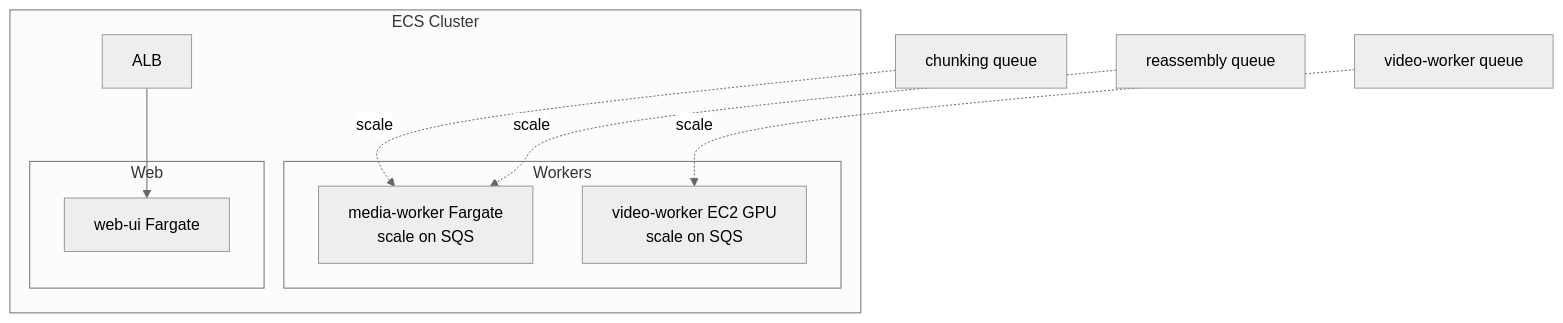
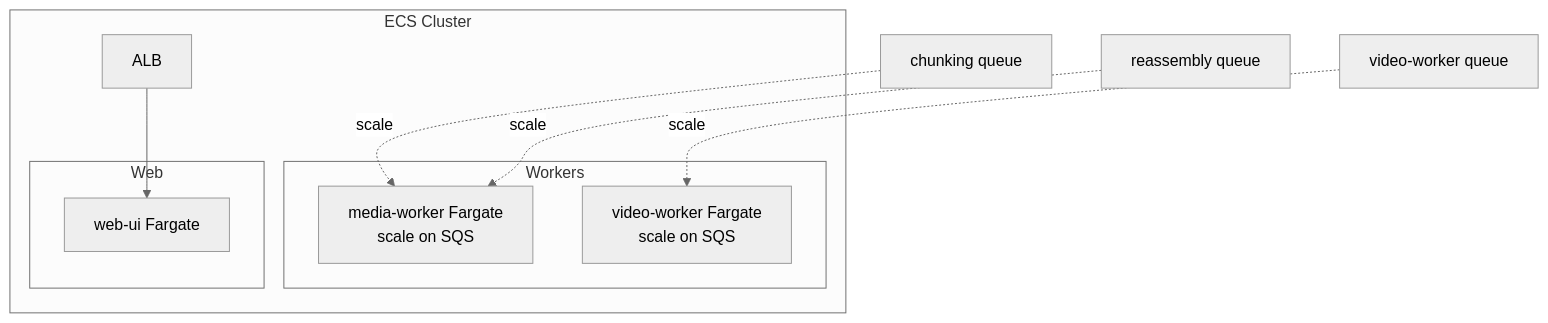
The sixth of 7 diagrams in ARCHITECTURE.md (alexpialetski/stereo-spot), drawn with Mermaid (neutral theme) before and after one commit. The commit also changed other lines of this file and 21 other files, not shown here.

First line of the commit message:
feat(aws): add SageMaker StereoCrafter endpoint and video-worker client

````diff
--- a/ARCHITECTURE.md
+++ b/ARCHITECTURE.md
@@ -271,18 +276,18 @@
 ```mermaid
 flowchart TB
     subgraph ECS["ECS Cluster"]
         ALB[ALB]
         subgraph Web["Web"]
             WebUI[web-ui Fargate]
         end
         subgraph Workers["Workers"]
             MediaW[media-worker Fargate\nscale on SQS]
-            VideoW[video-worker EC2 GPU\nscale on SQS]
+            VideoW[video-worker Fargate\nscale on SQS]
         end
         ALB --> WebUI
     end
 
     ChunkQ[chunking queue] -.->|scale| MediaW
     ReassQ[reassembly queue] -.->|scale| MediaW
     VideoQ[video-worker queue] -.->|scale| VideoW
 ```
````
